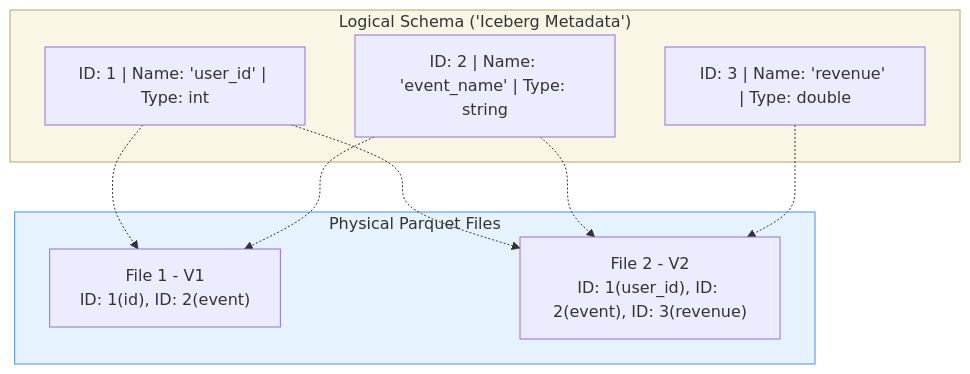
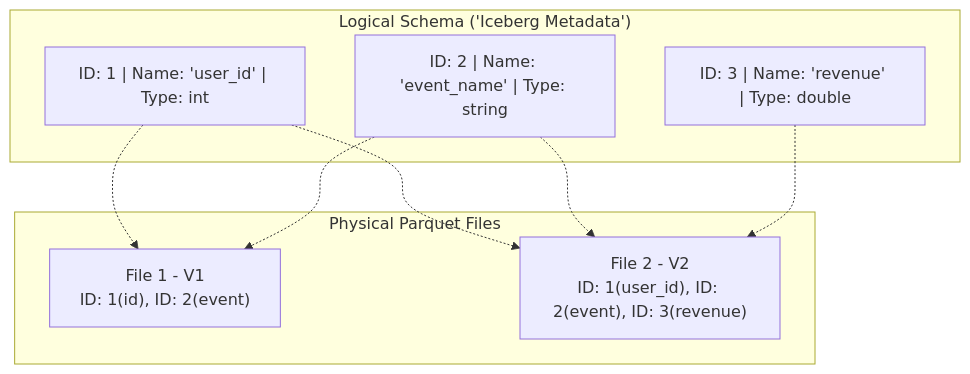
Before and after one commit to kythuatdulieu/kythuatdulieu.github.io: the first of 2 diagrams in src/content/docs/concepts/3-storage-engines-formats/schema-evolution.md, drawn with Mermaid. The commit also changed 682 other files, not shown here.

````diff
--- a/src/content/docs/concepts/3-storage-engines-formats/schema-evolution.md
+++ b/src/content/docs/concepts/3-storage-engines-formats/schema-evolution.md
@@ -54,22 +54,21 @@
 ```mermaid
 graph TD
     subgraph Logical_Schema["Logical Schema ('Iceberg Metadata')"]
         L1["ID: 1 | Name: 'user_id' | Type: int"]
         L2["ID: 2 | Name: 'event_name' | Type: string"]
         L3["ID: 3 | Name: 'revenue' | Type: double"]
     end
 
     subgraph Physical_Files["Physical Parquet Files"]
         F1["File 1 - V1<br/>ID: 1(id), ID: 2(event)"]
         F2["File 2 - V2<br/>ID: 1(user_id), ID: 2(event), ID: 3(revenue)"]
     end
 
     L1 -.-> F1
     L1 -.-> F2
     L2 -.-> F1
     L2 -.-> F2
     L3 -.-> F2
-    
-    style Logical_Schema fill:#f9f6e5,stroke:#b8a36c
-    style Physical_Files fill:#e6f3ff,stroke:#4a90e2
+
+
 ```
````
